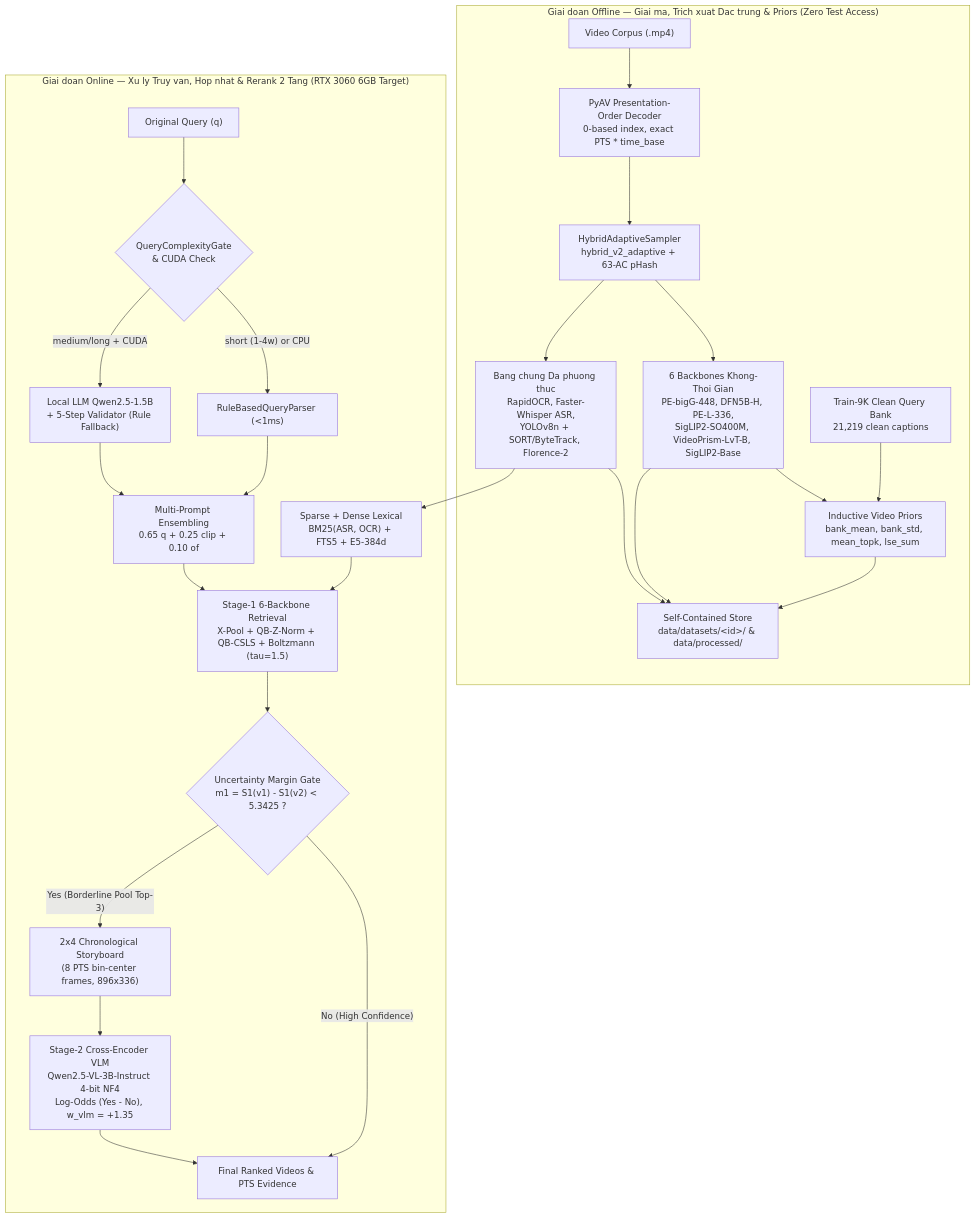
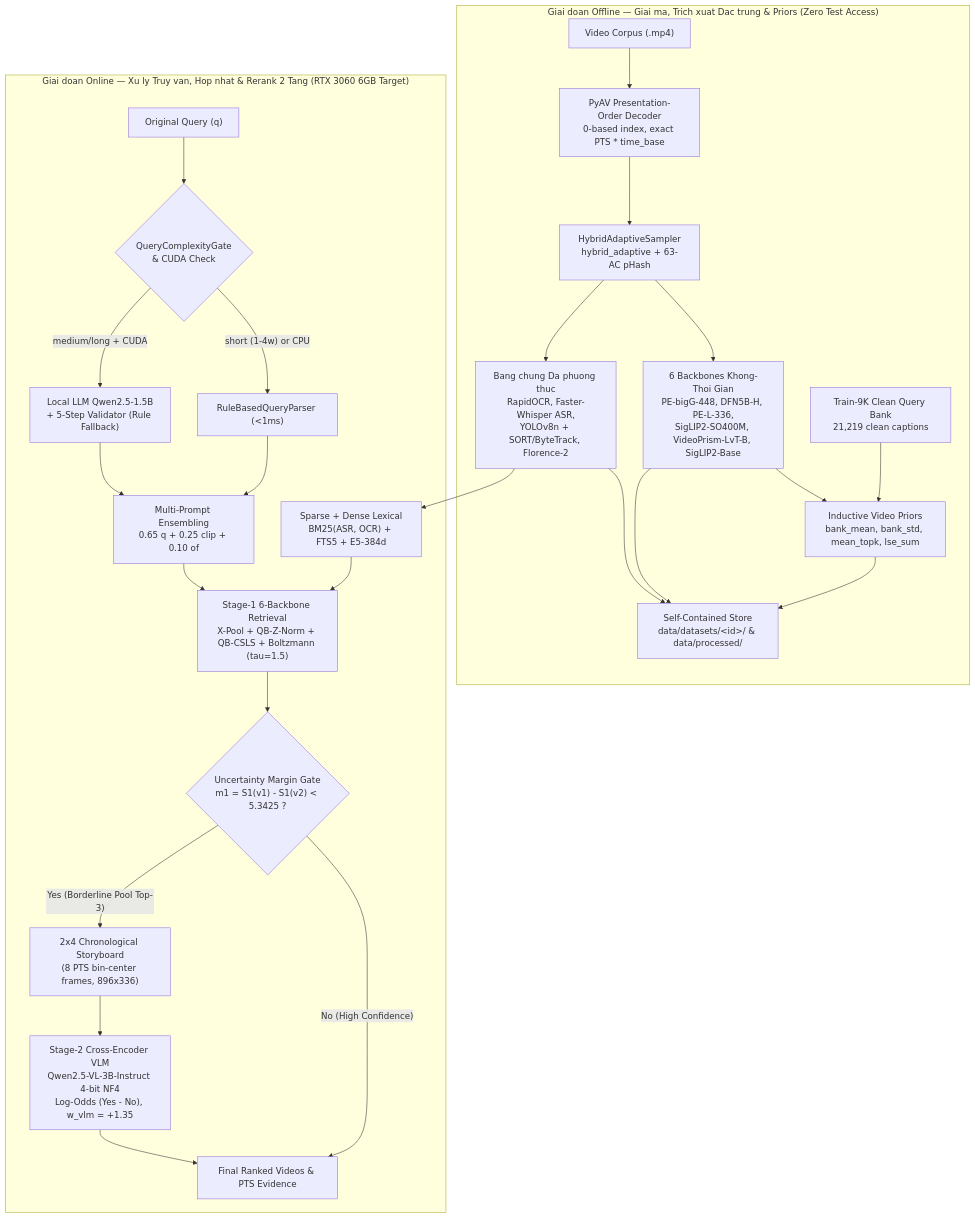
Before and after one commit to LongLeVuHuy/VIDENTRA: the diagram in README.md, drawn with Mermaid. The commit also changed other lines of this file and 76 other files, not shown here.

````diff
--- a/README.md
+++ b/README.md
@@ -59,30 +59,30 @@
 ```mermaid
 flowchart TB
     subgraph OFFLINE["Giai doan Offline — Giai ma, Trich xuat Dac trung & Priors (Zero Test Access)"]
         V["Video Corpus (.mp4)"] --> DEC["PyAV Presentation-Order Decoder<br/>0-based index, exact PTS * time_base"]
-        DEC --> KF["HybridAdaptiveSampler<br/>hybrid_v2_adaptive + 63-AC pHash"]
+        DEC --> KF["HybridAdaptiveSampler<br/>hybrid_adaptive + 63-AC pHash"]
         KF --> VL["6 Backbones Khong-Thoi Gian<br/>PE-bigG-448, DFN5B-H, PE-L-336,<br/>SigLIP2-SO400M, VideoPrism-LvT-B, SigLIP2-Base"]
         KF --> MM["Bang chung Da phuong thuc<br/>RapidOCR, Faster-Whisper ASR,<br/>YOLOv8n + SORT/ByteTrack, Florence-2"]
         QBANK["Train-9K Clean Query Bank<br/>21,219 clean captions"] --> PRIORS["Inductive Video Priors<br/>bank_mean, bank_std, mean_topk, lse_sum"]
         VL --> PRIORS
         VL --> STORE["Self-Contained Store<br/>data/datasets/&lt;id&gt;/ &amp; data/processed/"]
         MM --> STORE
         PRIORS --> STORE
     end
 
     subgraph ONLINE["Giai doan Online — Xu ly Truy van, Hop nhat & Rerank 2 Tang (RTX 3060 6GB Target)"]
         Q["Original Query (q)"] --> GATE{"QueryComplexityGate<br/>&amp; CUDA Check"}
         GATE -- "short (1-4w) or CPU" --> RULE["RuleBasedQueryParser (&lt;1ms)"]
         GATE -- "medium/long + CUDA" --> LLM["Local LLM Qwen2.5-1.5B<br/>+ 5-Step Validator (Rule Fallback)"]
         RULE --> MPE["Multi-Prompt Ensembling<br/>0.65 q + 0.25 clip + 0.10 of"]
         LLM --> MPE
         MPE --> S1["Stage-1 6-Backbone Retrieval<br/>X-Pool + QB-Z-Norm + QB-CSLS + Boltzmann (tau=1.5)"]
         MM --> LEX["Sparse + Dense Lexical<br/>BM25(ASR, OCR) + FTS5 + E5-384d"]
         LEX --> S1
         S1 --> MARGIN{"Uncertainty Margin Gate<br/>m1 = S1(v1) - S1(v2) &lt; 5.3425 ?"}
         MARGIN -- "No (High Confidence)" --> OUT["Final Ranked Videos &amp; PTS Evidence"]
         MARGIN -- "Yes (Borderline Pool Top-3)" --> BOARD["2x4 Chronological Storyboard<br/>(8 PTS bin-center frames, 896x336)"]
         BOARD --> VLM["Stage-2 Cross-Encoder VLM<br/>Qwen2.5-VL-3B-Instruct 4-bit NF4<br/>Log-Odds (Yes - No), w_vlm = +1.35"]
         VLM --> OUT
     end
 ```
````
